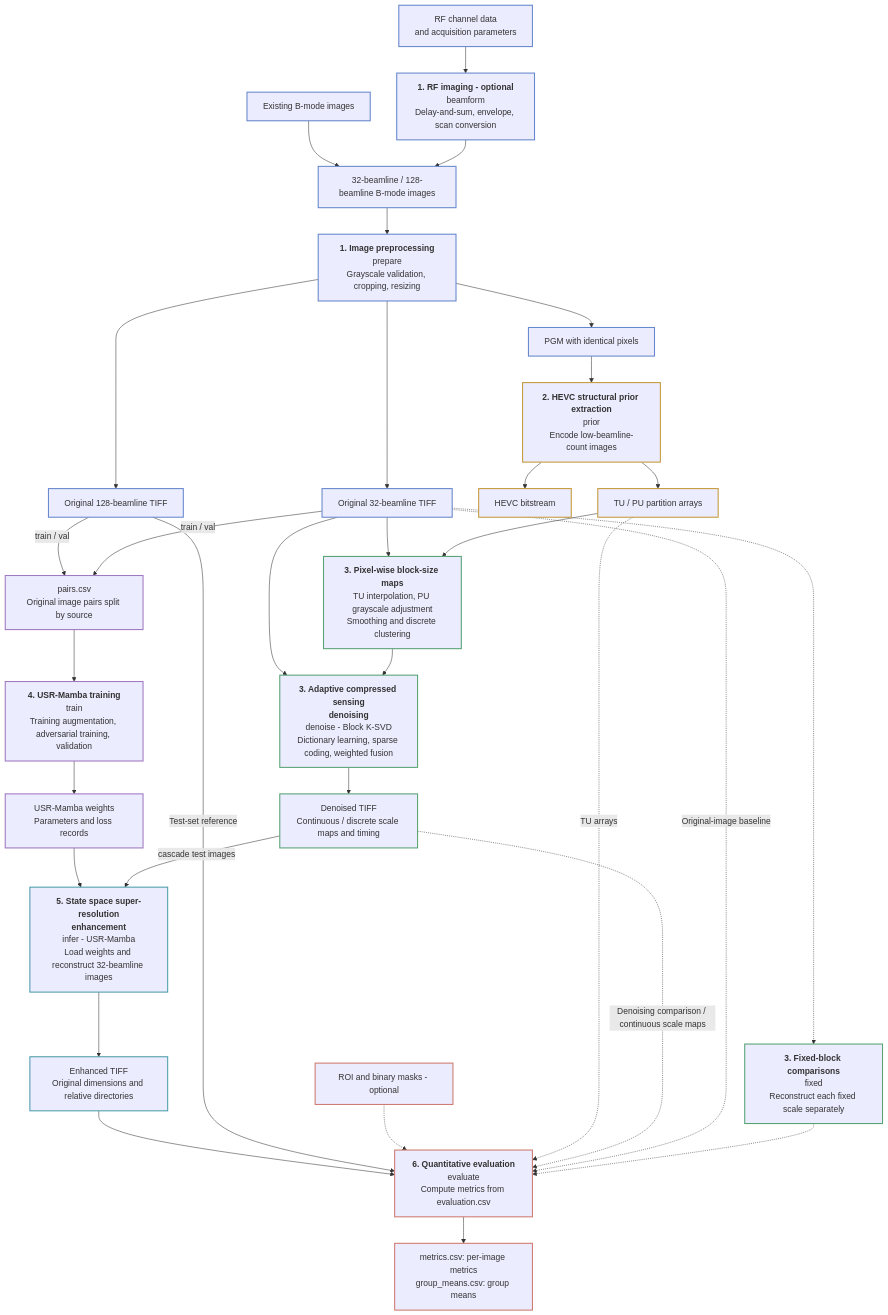
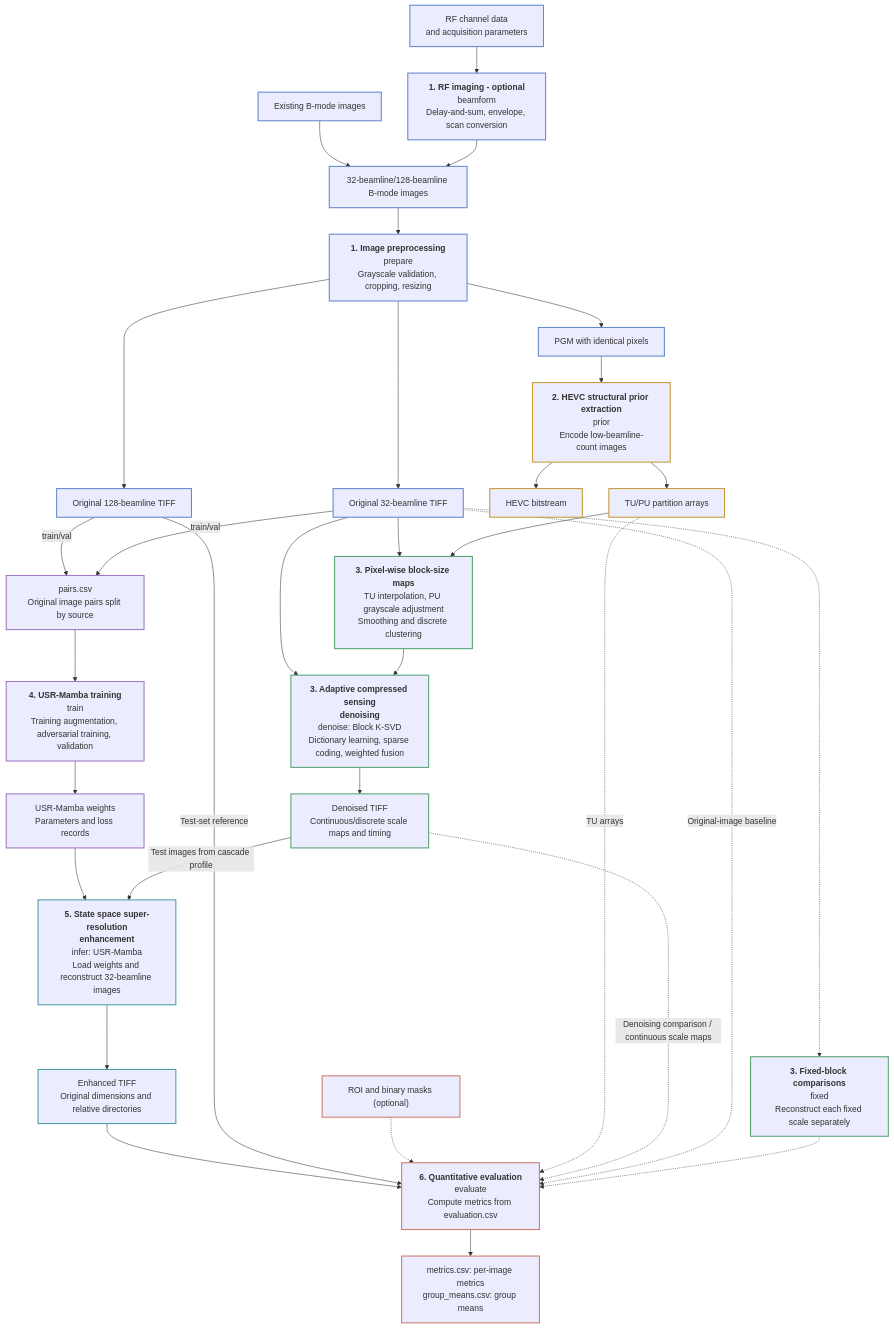
One commit to LumaVistaLab/hevc-ksvd-mamba-for-ultrasound changed the first of 7 diagrams in README.md. Above: the diagram before and after it, drawn with Mermaid. The commit also changed other lines of this file and 3 other files, not shown here.

````diff
--- a/README.md
+++ b/README.md
@@ -13,51 +13,51 @@
 ```mermaid
 flowchart TD
     %% Keep stage titles in regular nodes so cross-stage edges do not cross subgraph titles or borders.
     RF["RF channel data<br/>and acquisition parameters"] --> BF["<b>1. RF imaging - optional</b><br/>beamform<br/>Delay-and-sum, envelope, scan conversion"]
-    BF --> BM["32-beamline / 128-beamline B-mode images"]
+    BF --> BM["32-beamline/128-beamline B-mode images"]
     Existing["Existing B-mode images"] --> BM
     BM --> Prep["<b>1. Image preprocessing</b><br/>prepare<br/>Grayscale validation, cropping, resizing"]
     Prep --> Low["Original 32-beamline TIFF"]
     Prep --> High["Original 128-beamline TIFF"]
     Prep --> PGM["PGM with identical pixels"]
 
     PGM --> HEVC["<b>2. HEVC structural prior extraction</b><br/>prior<br/>Encode low-beamline-count images"]
     HEVC --> Stream["HEVC bitstream"]
-    HEVC --> Blocks["TU / PU partition arrays"]
+    HEVC --> Blocks["TU/PU partition arrays"]
     Blocks --> Maps["<b>3. Pixel-wise block-size maps</b><br/>TU interpolation, PU grayscale adjustment<br/>Smoothing and discrete clustering"]
     Low --> Maps
-    Maps --> KSVD["<b>3. Adaptive compressed sensing<br/>denoising</b><br/>denoise - Block K-SVD<br/>Dictionary learning, sparse coding, weighted fusion"]
+    Maps --> KSVD["<b>3. Adaptive compressed sensing<br/>denoising</b><br/>denoise: Block K-SVD<br/>Dictionary learning, sparse coding, weighted fusion"]
     Low --> KSVD
-    KSVD --> Denoised["Denoised TIFF<br/>Continuous / discrete scale maps and timing"]
+    KSVD --> Denoised["Denoised TIFF<br/>Continuous/discrete scale maps and timing"]
 
-    Low -->|train / val| Pairs["pairs.csv<br/>Original image pairs split by source"]
-    High -->|train / val| Pairs
+    Low -->|train/val| Pairs["pairs.csv<br/>Original image pairs split by source"]
+    High -->|train/val| Pairs
     Pairs --> Train["<b>4. USR-Mamba training</b><br/>train<br/>Training augmentation, adversarial training, validation"]
     Train --> Weights["USR-Mamba weights<br/>Parameters and loss records"]
-    Denoised -->|cascade test images| Infer["<b>5. State space super-resolution<br/>enhancement</b><br/>infer - USR-Mamba<br/>Load weights and reconstruct 32-beamline images"]
+    Denoised -->|Test images from cascade profile| Infer["<b>5. State space super-resolution<br/>enhancement</b><br/>infer: USR-Mamba<br/>Load weights and reconstruct 32-beamline images"]
     Weights --> Infer
     Infer --> Enhanced["Enhanced TIFF<br/>Original dimensions and relative directories"]
 
     Low -.-> Fixed["<b>3. Fixed-block comparisons</b><br/>fixed<br/>Reconstruct each fixed scale separately"]
     Fixed -.-> Eval["<b>6. Quantitative evaluation</b><br/>evaluate<br/>Compute metrics from evaluation.csv"]
     Low -.->|Original-image baseline| Eval
     Denoised -.->|Denoising comparison / continuous scale maps| Eval
     Blocks -.->|TU arrays| Eval
-    Annotations["ROI and binary masks - optional"] -.-> Eval
+    Annotations["ROI and binary masks (optional)"] -.-> Eval
     High -->|Test-set reference| Eval
     Enhanced --> Eval
     Eval --> Reports["metrics.csv: per-image metrics<br/>group_means.csv: group means"]
 
     classDef imaging stroke:#6688cc,stroke-width:2px;
     classDef structure stroke:#c49a3a,stroke-width:2px;
     classDef denoising stroke:#57a373,stroke-width:2px;
     classDef training stroke:#a079c2,stroke-width:2px;
     classDef inference stroke:#4c9eaa,stroke-width:2px;
     classDef metrics stroke:#cf7a70,stroke-width:2px;
     class RF,BF,BM,Existing,Prep,Low,High,PGM imaging;
     class HEVC,Stream,Blocks structure;
     class Maps,KSVD,Denoised,Fixed denoising;
     class Pairs,Train,Weights training;
     class Infer,Enhanced inference;
     class Annotations,Eval,Reports metrics;
 ```
````
